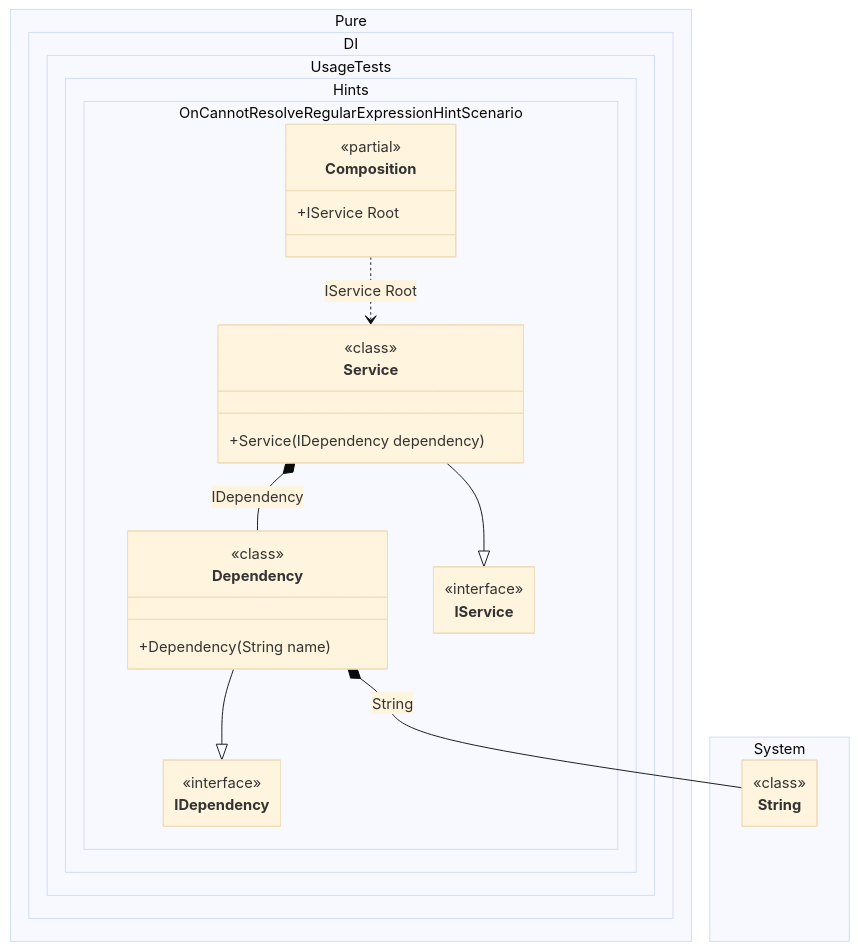
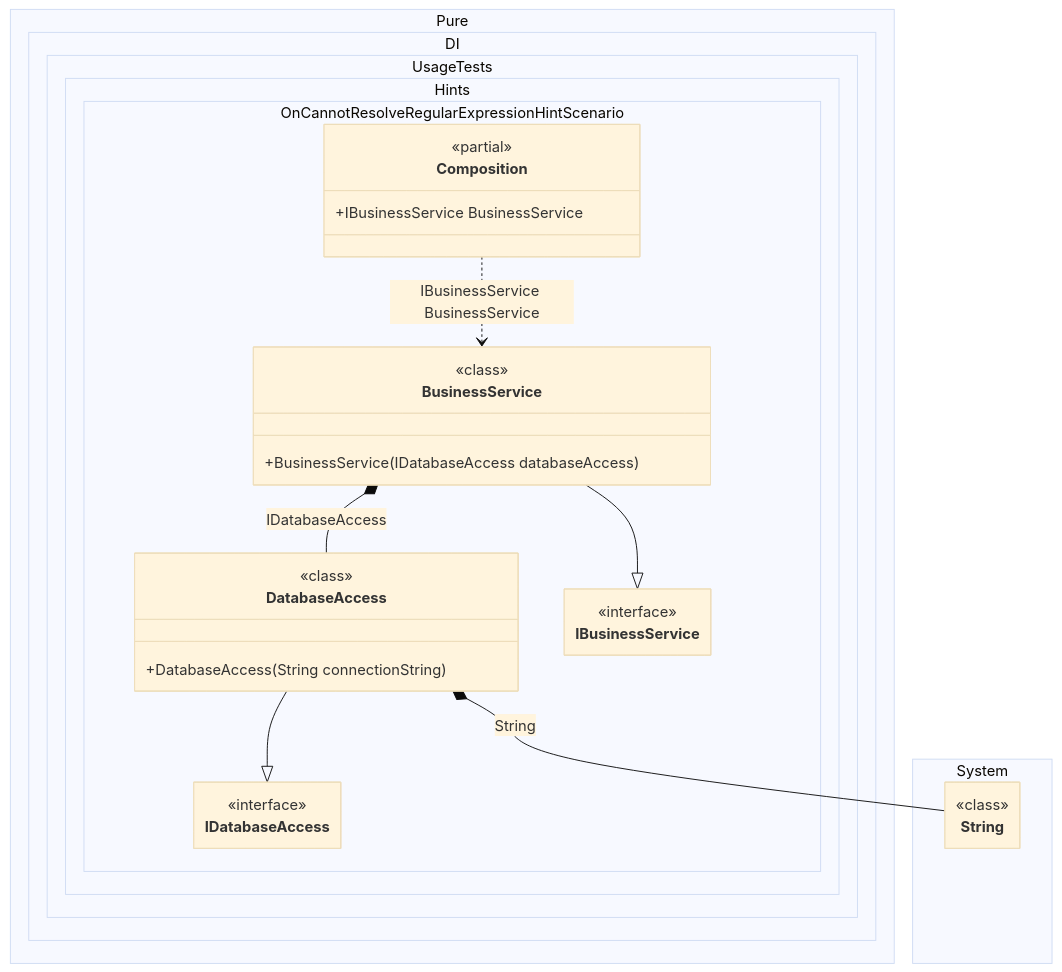
One commit to DevTeam/Pure.DI changed the diagram in readme/oncannotresolve-regular-expression-hint.md. Above: the diagram before and after it, drawn with Mermaid (base theme). The commit also changed other lines of this file and 126 other files, not shown here.

````diff
--- a/readme/oncannotresolve-regular-expression-hint.md
+++ b/readme/oncannotresolve-regular-expression-hint.md
@@ -117,40 +132,40 @@
 ```mermaid
 ---
  config:
   maxTextSize: 2147483647
   maxEdges: 2147483647
   class:
    hideEmptyMembersBox: true
 ---
 classDiagram
-	Dependency --|> IDependency
-	Service --|> IService
-	Composition ..> Service : IService Root
-	Dependency *--  String : String
-	Service *--  Dependency : IDependency
+	DatabaseAccess --|> IDatabaseAccess
+	BusinessService --|> IBusinessService
+	Composition ..> BusinessService : IBusinessService BusinessService
+	DatabaseAccess *--  String : String
+	BusinessService *--  DatabaseAccess : IDatabaseAccess
 	namespace Pure.DI.UsageTests.Hints.OnCannotResolveRegularExpressionHintScenario {
+		class BusinessService {
+				<<class>>
+			+BusinessService(IDatabaseAccess databaseAccess)
+		}
 		class Composition {
 		<<partial>>
-		+IService Root
+		+IBusinessService BusinessService
 		}
-		class Dependency {
+		class DatabaseAccess {
 				<<class>>
-			+Dependency(String name)
+			+DatabaseAccess(String connectionString)
 		}
-		class IDependency {
+		class IBusinessService {
 			<<interface>>
 		}
-		class IService {
+		class IDatabaseAccess {
 			<<interface>>
-		}
-		class Service {
-				<<class>>
-			+Service(IDependency dependency)
 		}
 	}
 	namespace System {
 		class String {
 				<<class>>
 		}
 	}
 ```
````
